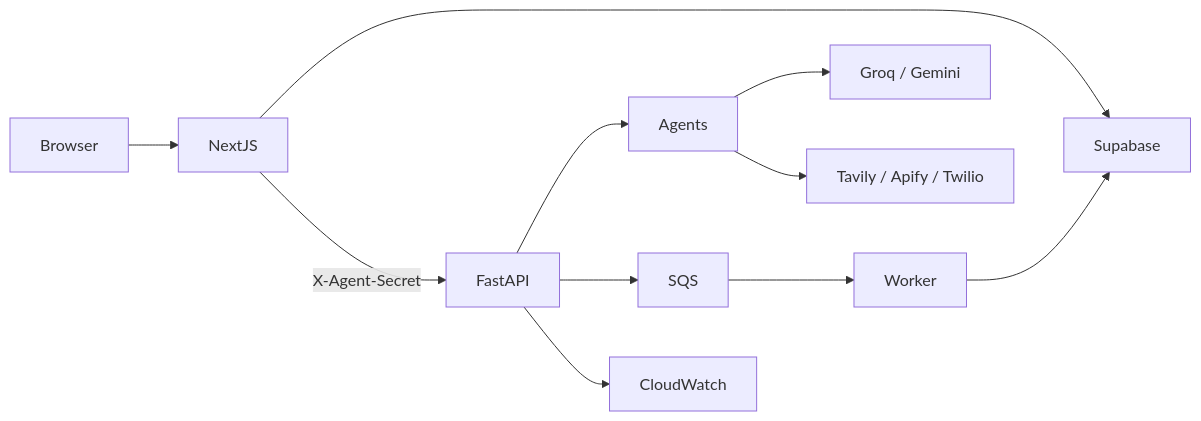
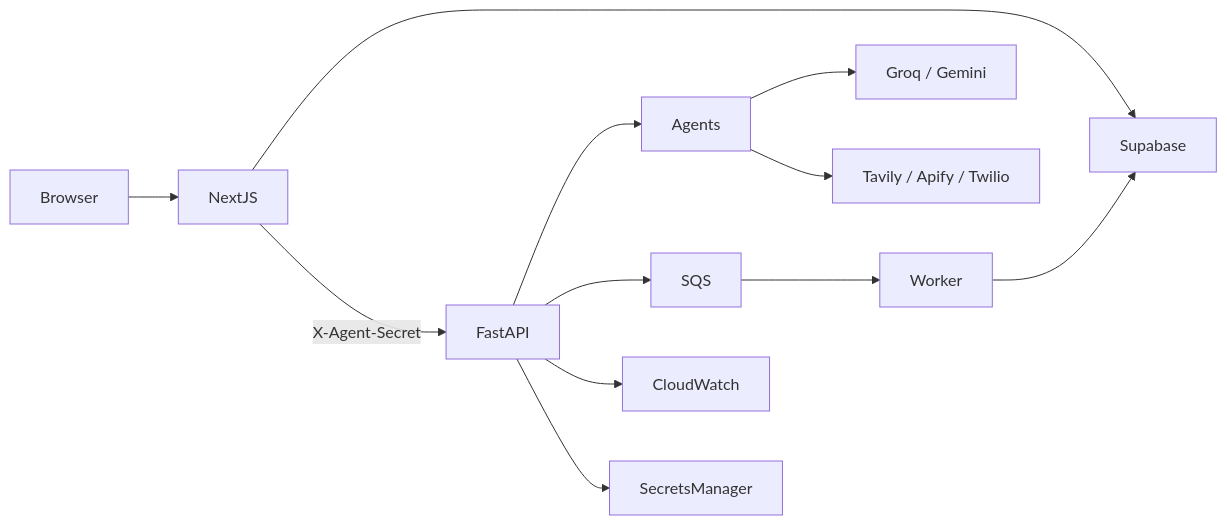
The diagram in README.md (atharva-0932/learning-platform), drawn with Mermaid before and after one commit. The commit also changed other lines of this file, not shown here.

````diff
--- a/README.md
+++ b/README.md
@@ -68,13 +74,14 @@
 ```mermaid
 flowchart LR
   Browser --> NextJS
   NextJS --> Supabase
   NextJS -->|X-Agent-Secret| FastAPI
   FastAPI --> Agents
   Agents --> LLM["Groq / Gemini"]
   Agents --> Tools["Tavily / Apify / Twilio"]
   FastAPI --> SQS
   SQS --> Worker
   Worker --> Supabase
   FastAPI --> CloudWatch
+  FastAPI --> SecretsManager
 ```
````
